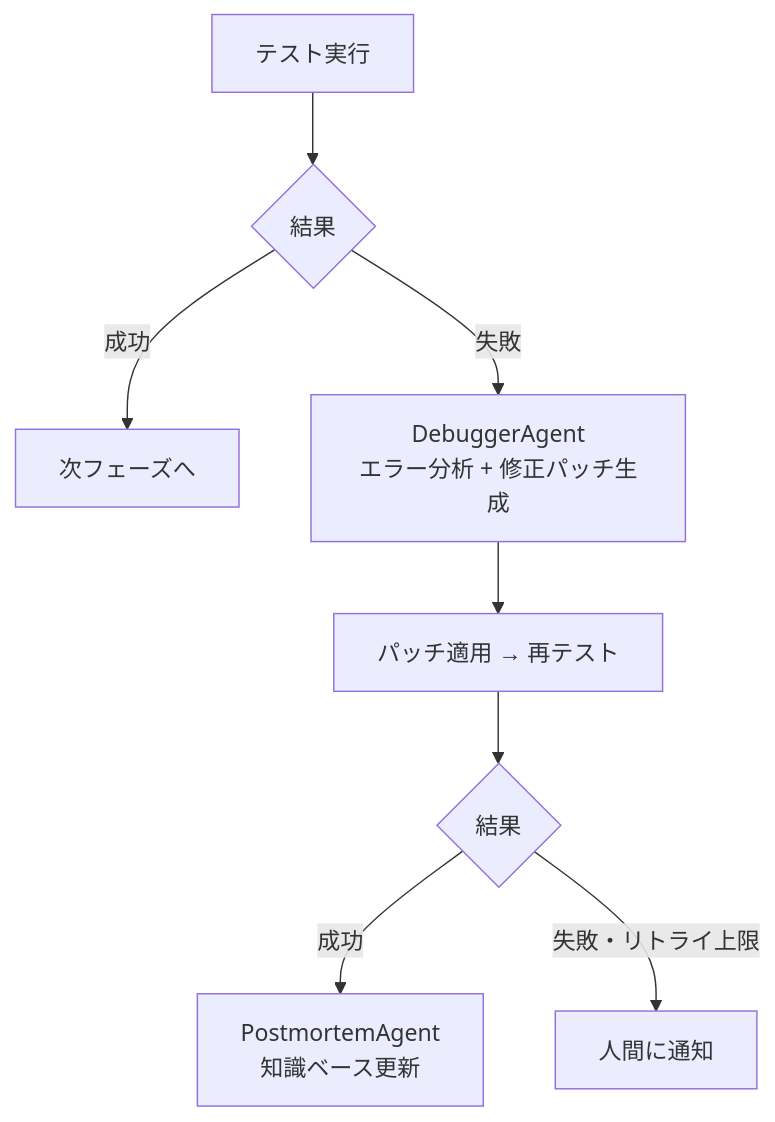
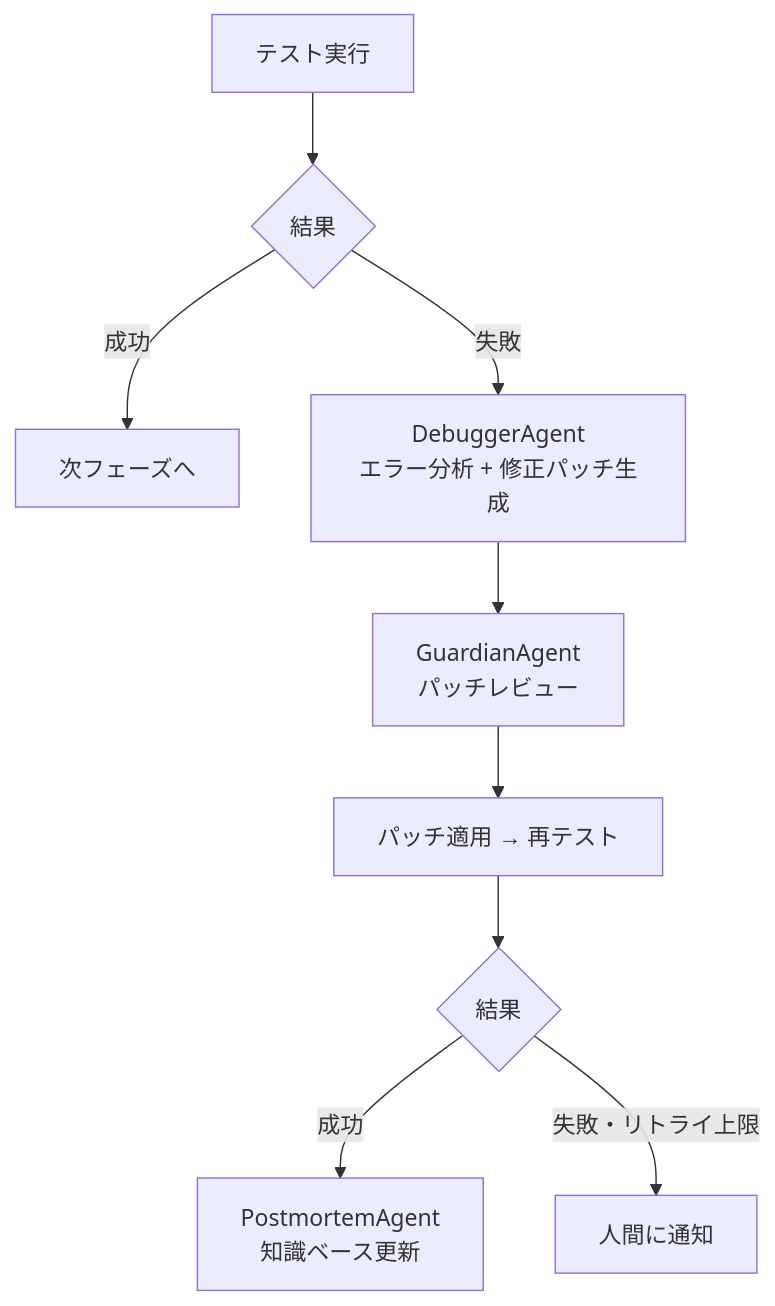
One commit to fukukei23/zenn changed the first of 2 diagrams in articles/ai-agent-self-healing-loop.md. Above: the diagram before and after it, drawn with Mermaid. The commit also changed other lines of this file, not shown here.

First line of the commit message:
AIレビュー反映: GuardianAgent追加・セキュリティ警告・限界明確化

````diff
--- a/articles/ai-agent-self-healing-loop.md
+++ b/articles/ai-agent-self-healing-loop.md
@@ -17,10 +17,11 @@
 ```mermaid
 graph TD
     A[テスト実行] --> B{結果}
     B -->|成功| C[次フェーズへ]
     B -->|失敗| D["DebuggerAgent<br/>エラー分析 + 修正パッチ生成"]
-    D --> E[パッチ適用 → 再テスト]
+    D --> G2["GuardianAgent<br/>パッチレビュー"]
+    G2 --> E[パッチ適用 → 再テスト]
     E --> F{結果}
     F -->|成功| G["PostmortemAgent<br/>知識ベース更新"]
     F -->|失敗・リトライ上限| H[人間に通知]
 ```
````
